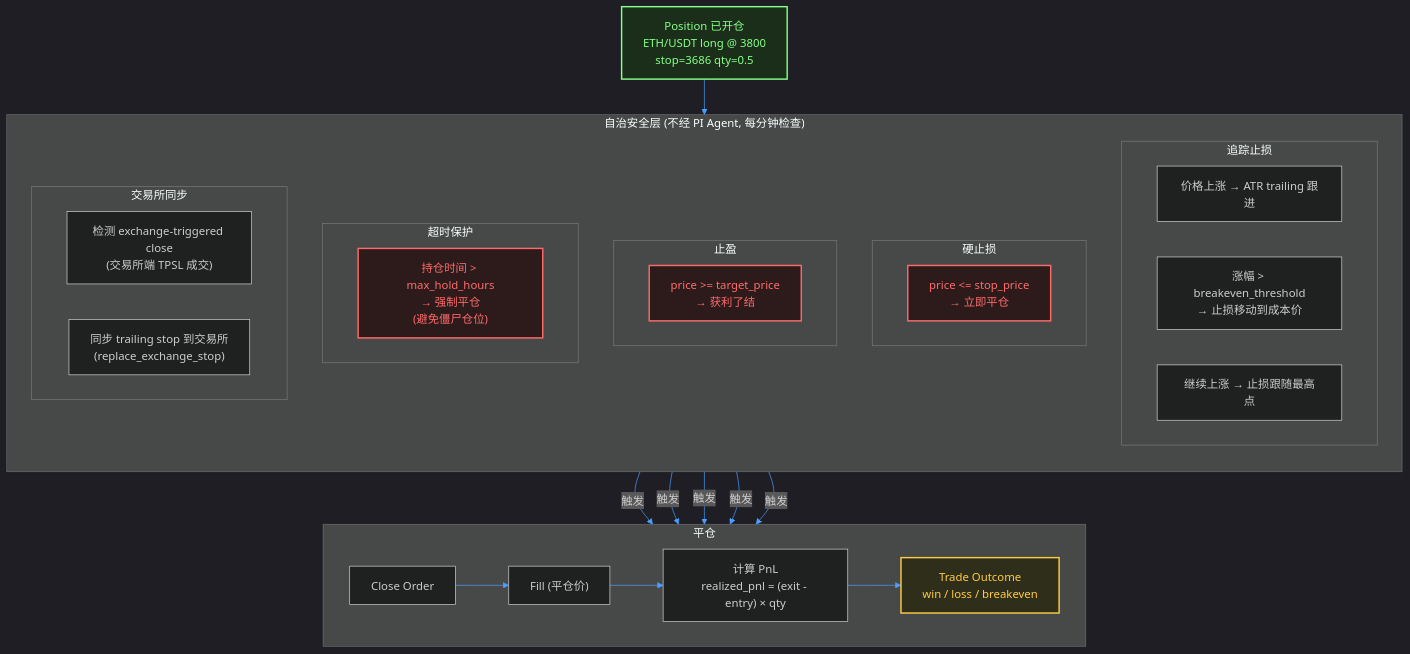
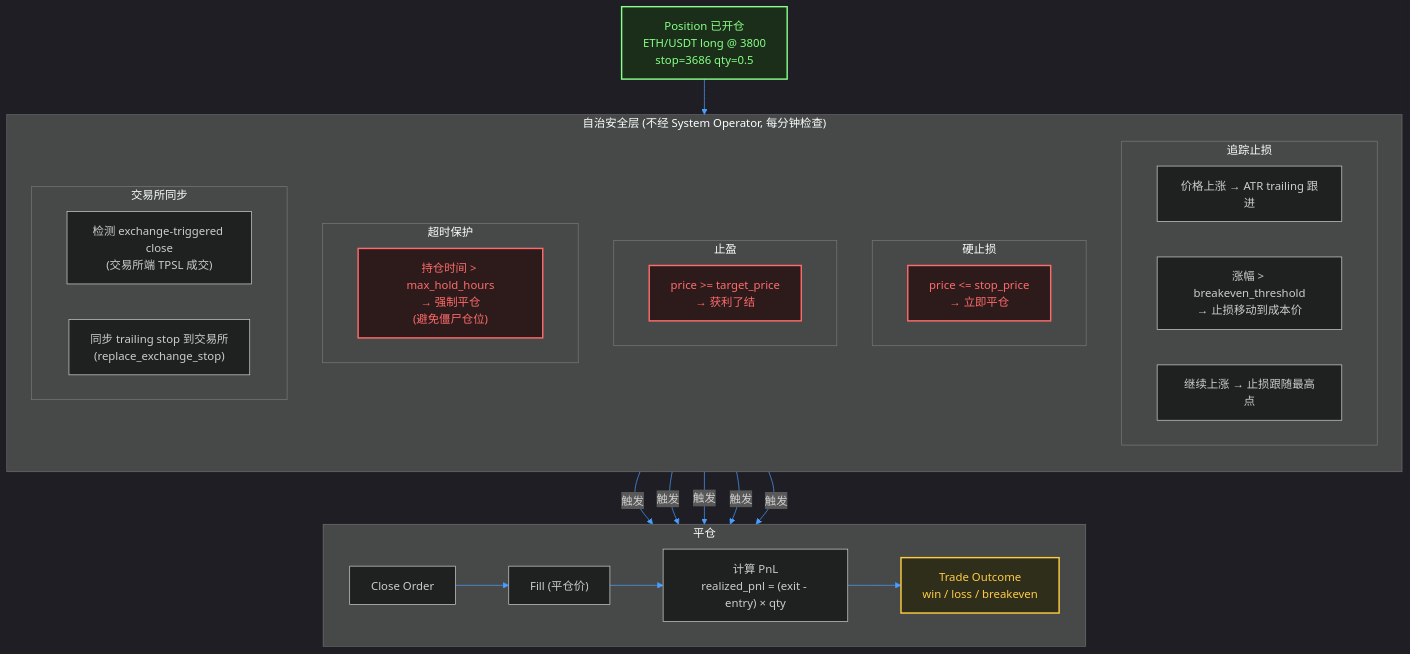
The diagram in docs/diagrams/06_position_management.mmd (iridyne/aletheia), drawn with Mermaid before and after one commit. The commit also changed 43 other files, not shown here.

First line of the commit message:
chore(rename): PI Agent → System Operator across runtime-visible surfaces (display layer)

```diff
--- a/docs/diagrams/06_position_management.mmd
+++ b/docs/diagrams/06_position_management.mmd
@@ -1,50 +1,50 @@
 %%{init: {'theme': 'dark', 'themeVariables': {'primaryColor': '#1a1a2e', 'primaryTextColor': '#e0e0e0', 'primaryBorderColor': '#4a9eff', 'lineColor': '#4a9eff', 'fontFamily': 'sans-serif'}}}%%
 flowchart TB
     POS["Position 已开仓<br/>ETH/USDT long @ 3800<br/>stop=3686 qty=0.5"]
 
-    subgraph AUTONOMOUS["自治安全层 (不经 PI Agent, 每分钟检查)"]
+    subgraph AUTONOMOUS["自治安全层 (不经 System Operator, 每分钟检查)"]
         direction TB
 
         subgraph TRAILING["追踪止损"]
             T1["价格上涨 → ATR trailing 跟进"]
             T2["涨幅 > breakeven_threshold<br/>→ 止损移动到成本价"]
             T3["继续上涨 → 止损跟随最高点"]
         end
 
         subgraph HARD_STOP["硬止损"]
             SL["price <= stop_price<br/>→ 立即平仓"]
         end
 
         subgraph TAKE_PROFIT["止盈"]
             TP["price >= target_price<br/>→ 获利了结"]
         end
 
         subgraph MAX_HOLD["超时保护"]
             MH["持仓时间 > max_hold_hours<br/>→ 强制平仓<br/>(避免僵尸仓位)"]
         end
 
         subgraph EXCHANGE_SYNC["交易所同步"]
             ES["检测 exchange-triggered close<br/>(交易所端 TPSL 成交)"]
             EU["同步 trailing stop 到交易所<br/>(replace_exchange_stop)"]
         end
     end
 
     subgraph CLOSE["平仓"]
         direction LR
         CLOSE_ORD["Close Order"]
         FILL_CLOSE["Fill (平仓价)"]
         PNL["计算 PnL<br/>realized_pnl = (exit - entry) × qty"]
         OUTCOME["Trade Outcome<br/>win / loss / breakeven"]
     end
 
     POS --> AUTONOMOUS
     TRAILING & HARD_STOP & TAKE_PROFIT & MAX_HOLD & EXCHANGE_SYNC -->|"触发"| CLOSE
     CLOSE_ORD --> FILL_CLOSE --> PNL --> OUTCOME
 
     classDef pos fill:#1a2e1a,stroke:#88ff88,stroke-width:2px,color:#88ff88
     classDef safe fill:#2d1b1b,stroke:#ff6b6b,stroke-width:2px,color:#ff6b6b
     classDef close fill:#2e2e1a,stroke:#ffcc44,stroke-width:2px,color:#ffcc44
 
     class POS pos
     class SL,TP,MH safe
     class OUTCOME close
```
